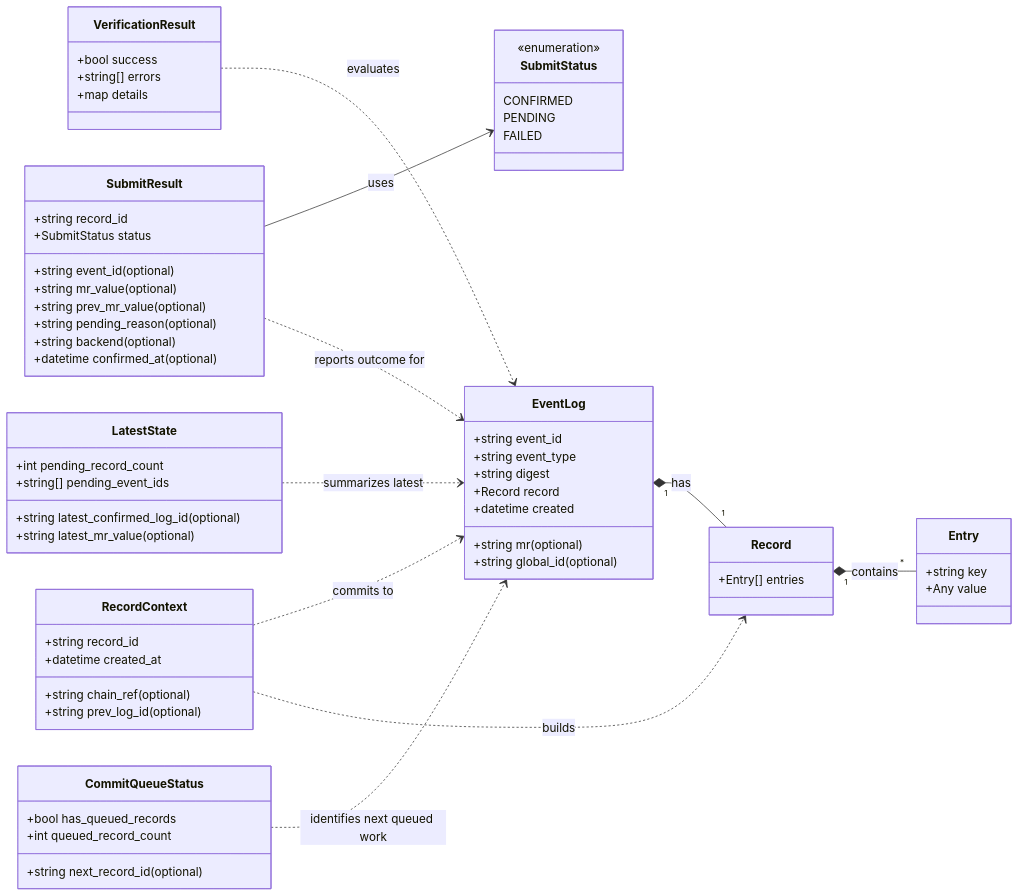
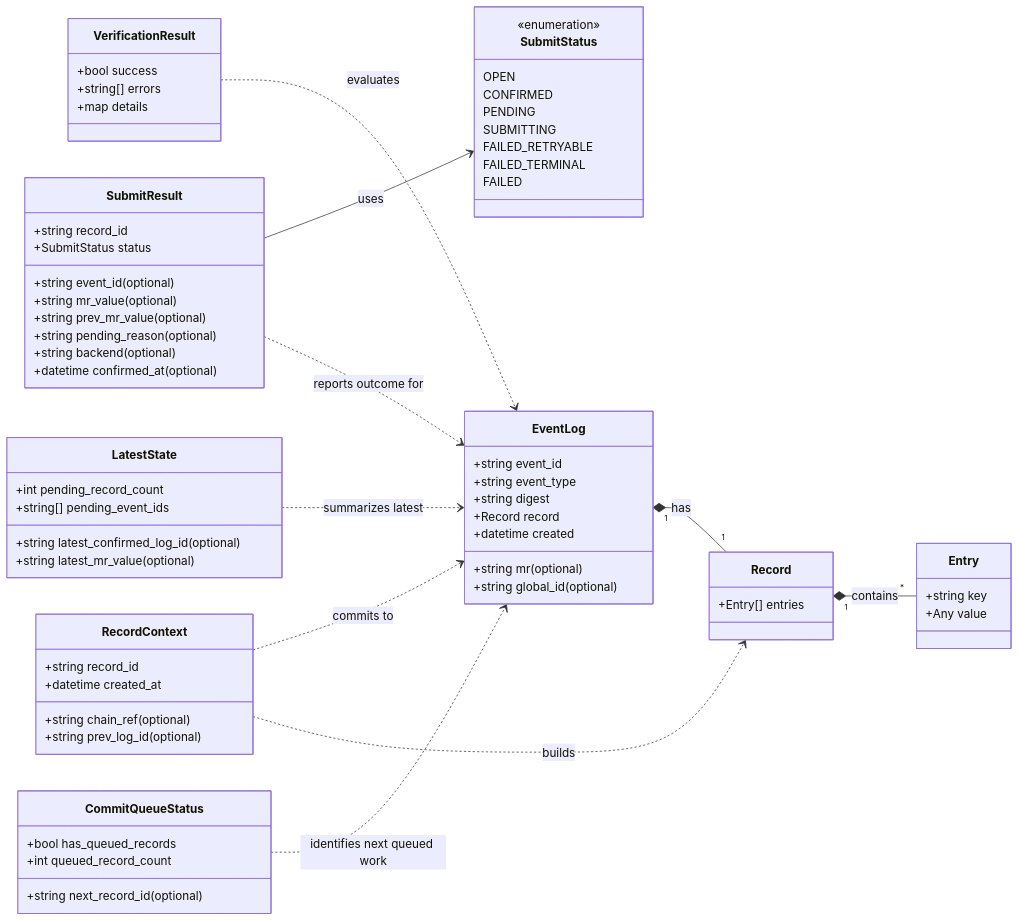
Before and after one commit to intel/confidential-computing-zoo: the fourth of 7 diagrams in docs/trusted-log/architecture.md, drawn with Mermaid. The commit also changed other lines of this file and 35 other files, not shown here.

````diff
--- a/docs/trusted-log/architecture.md
+++ b/docs/trusted-log/architecture.md
@@ -234,77 +234,81 @@
 ```mermaid
 classDiagram
     direction LR
 
     class SubmitStatus {
         <<enumeration>>
+        OPEN
         CONFIRMED
         PENDING
+        SUBMITTING
+        FAILED_RETRYABLE
+        FAILED_TERMINAL
         FAILED
     }
 
     class RecordContext {
         +string record_id
         +string chain_ref(optional)
         +datetime created_at
         +string prev_log_id(optional)
     }
 
     class EventLog {
         +string event_id
         +string event_type
         +string digest
         +Record record
         +datetime created
         +string mr(optional)
         +string global_id(optional)
     }
 
     class Record {
         +Entry[] entries
     }
 
     class Entry {
         +string key
         +Any value
     }
 
     class SubmitResult {
         +string record_id
         +string event_id(optional)
         +SubmitStatus status
         +string mr_value(optional)
         +string prev_mr_value(optional)
         +string pending_reason(optional)
         +string backend(optional)
         +datetime confirmed_at(optional)
     }
 
     class CommitQueueStatus {
         +bool has_queued_records
         +int queued_record_count
         +string next_record_id(optional)
     }
 
     class LatestState {
         +string latest_confirmed_log_id(optional)
         +int pending_record_count
         +string[] pending_event_ids
         +string latest_mr_value(optional)
     }
 
     class VerificationResult {
         +bool success
         +string[] errors
         +map details
     }
 
     EventLog "1" *-- "1" Record : has
     Record "1" *-- "*" Entry : contains
     RecordContext ..> Record : builds
     RecordContext ..> EventLog : commits to
     SubmitResult ..> EventLog : reports outcome for
     SubmitResult --> SubmitStatus : uses
     CommitQueueStatus ..> EventLog : identifies next queued work
     LatestState ..> EventLog : summarizes latest
     VerificationResult ..> EventLog : evaluates
 ```
````
